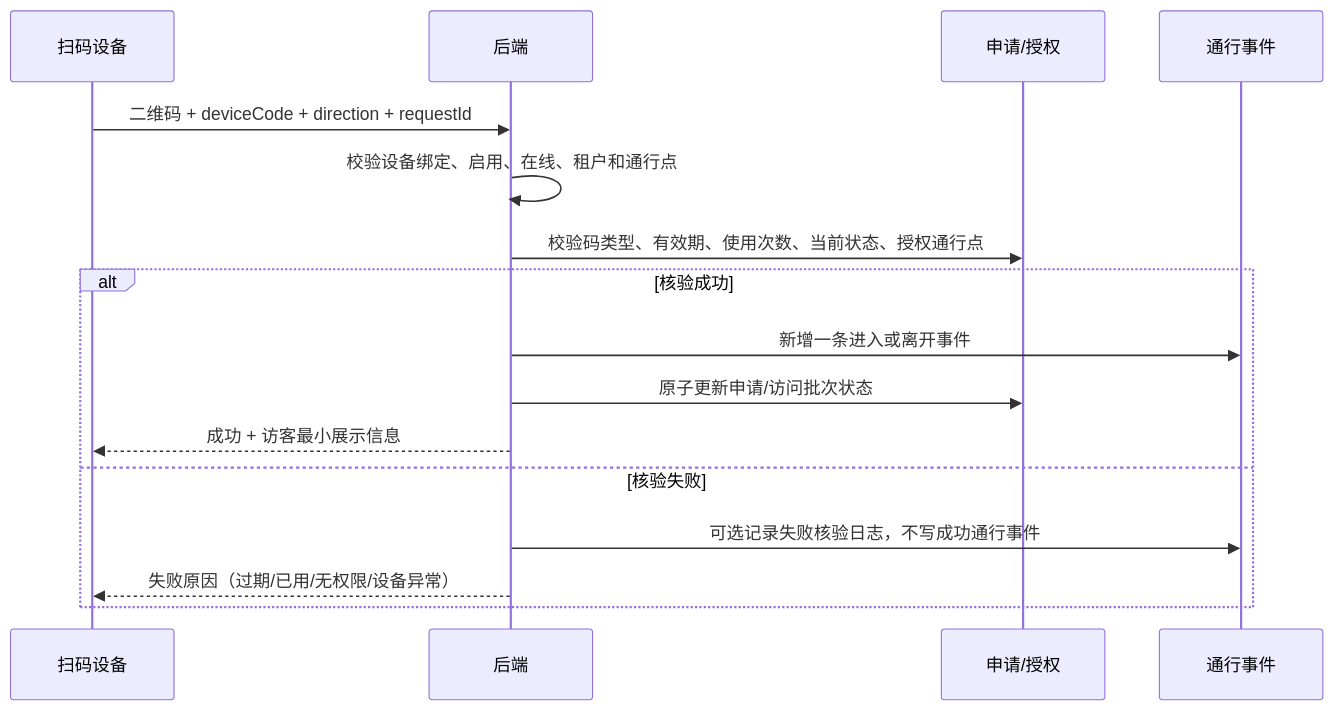
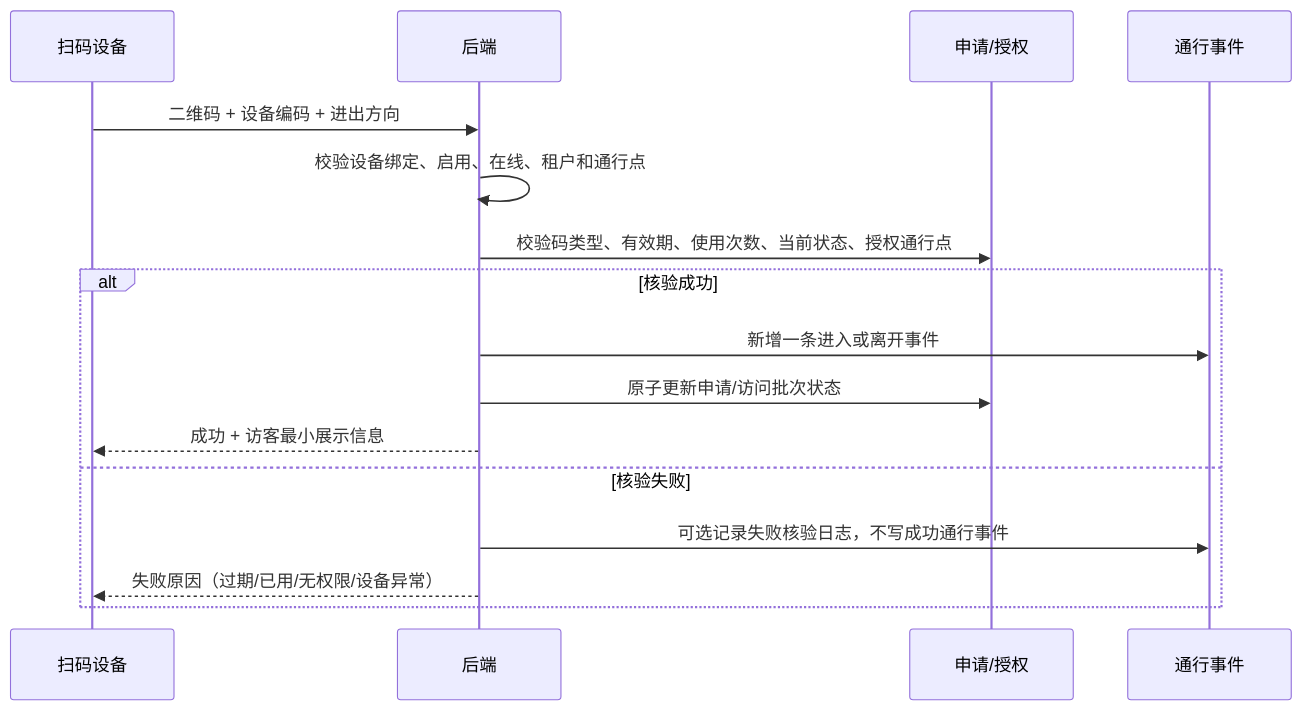
Before and after one commit to tangxiaochen755-droid/visitor-phase1-visual-blue: the fifth of 7 diagrams in docs/integration/02-核心业务流程.md, drawn with Mermaid. The commit also changed other lines of this file and 15 other files, not shown here.

````diff
--- a/docs/integration/02-核心业务流程.md
+++ b/docs/integration/02-核心业务流程.md
@@ -73,18 +91,18 @@
 ```mermaid
 sequenceDiagram
   participant D as 扫码设备
   participant API as 后端
   participant A as 申请/授权
   participant X as 通行事件
-  D->>API: 二维码 + deviceCode + direction + requestId
+  D->>API: 二维码 + 设备编码 + 进出方向
   API->>API: 校验设备绑定、启用、在线、租户和通行点
   API->>A: 校验码类型、有效期、使用次数、当前状态、授权通行点
   alt 核验成功
     API->>X: 新增一条进入或离开事件
     API->>A: 原子更新申请/访问批次状态
     API-->>D: 成功 + 访客最小展示信息
   else 核验失败
     API->>X: 可选记录失败核验日志，不写成功通行事件
     API-->>D: 失败原因（过期/已用/无权限/设备异常）
   end
 ```
````
